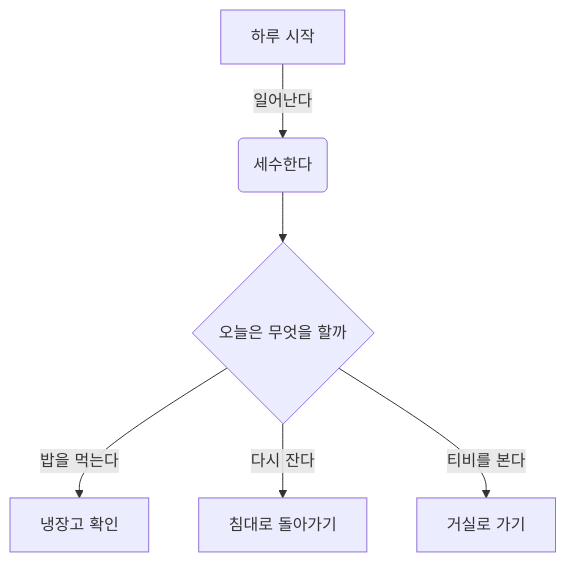
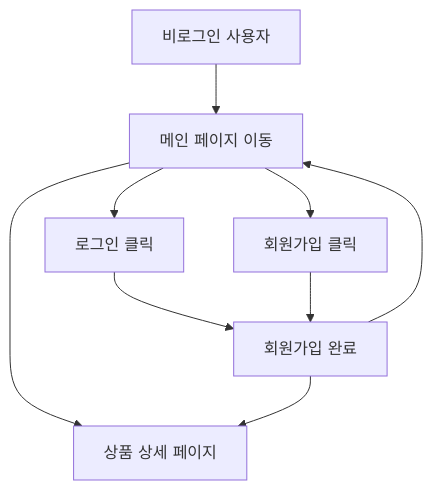
One commit to chohc/Modu_MiniProject2_OpenMarket changed the first of 2 diagrams in README.md. Above: the diagram before and after it, drawn with Mermaid. The commit also changed other lines of this file and 4 other files, not shown here.

````diff
--- a/README.md
+++ b/README.md
@@ -537,8 +62,11 @@
 ```mermaid
-		graph TD
-	    A[하루 시작] -->|일어난다| B(세수한다)
-	    B --> C{오늘은 무엇을 할까}
-	    C -->|밥을 먹는다| D[냉장고 확인]
-	    C -->|다시 잔다| E[침대로 돌아가기]
-	    C -->|티비를 본다| F[거실로 가기]
+graph TD
+    A[비로그인 사용자] --> B[상품 목록 페이지]
+    B --> C[상품 상세 페이지]
+    B --> D[로그인 클릭]
+    B --> E[회원가입 클릭]
+    D --> F[로그인 완료]
+    E --> F[회원가입 완료]
+    F --> B[메인 페이지 이동]
+    F --> C
 ```
````
